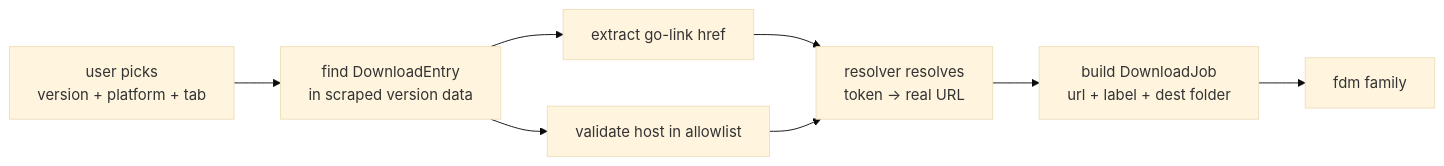
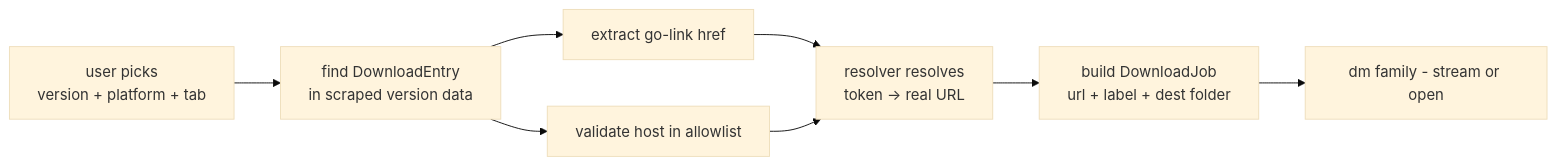
The diagram in .agents/agents/resolver/dispatch-builder/dispatch-builder.md (HELIX-Origin/LewdZone-Launcher), drawn with Mermaid (base theme) before and after one commit. The commit also changed other lines of this file and 45 other files, not shown here.

````diff
--- a/.agents/agents/resolver/dispatch-builder/dispatch-builder.md
+++ b/.agents/agents/resolver/dispatch-builder/dispatch-builder.md
@@ -16,10 +16,10 @@
 ```mermaid
 flowchart LR
     A["user picks<br/>version + platform + tab"] --> B["find DownloadEntry<br/>in scraped version data"]
     B --> C[extract go-link href]
     C --> D["resolver resolves<br/>token -> real URL"]
     D --> E["build DownloadJob<br/>url + label + dest folder"]
-    E --> F[fdm family]
+    E --> F[dm family - stream or open]
     B --> G[validate host in allowlist]
     G --> D
 ```
````
